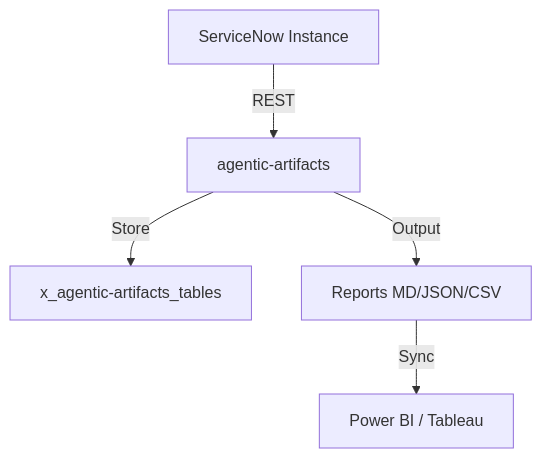
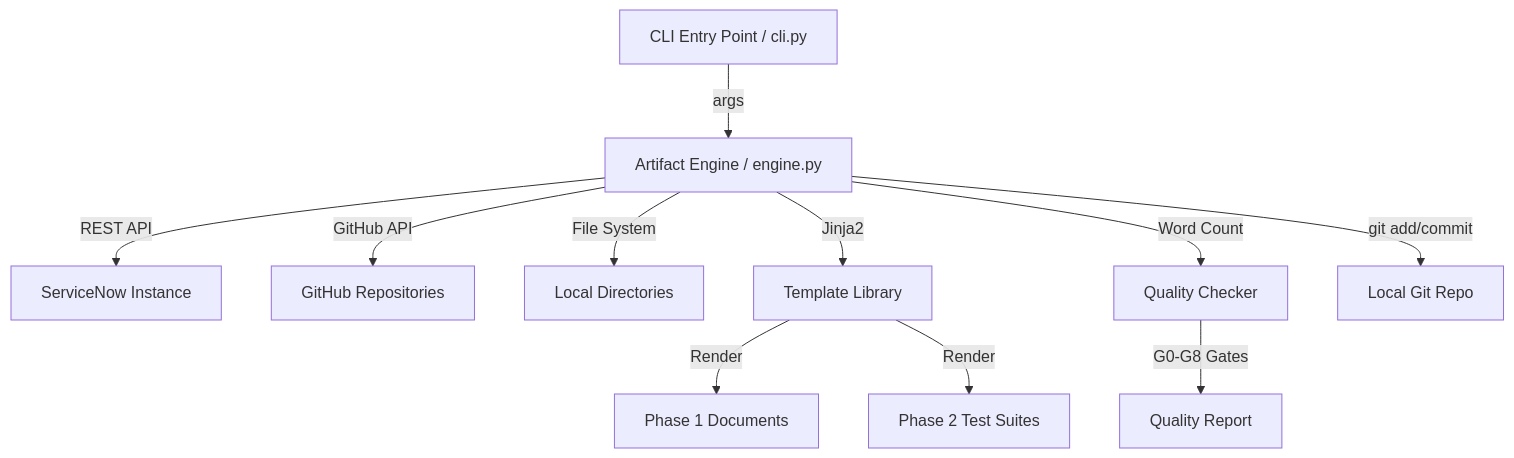
One commit to vladarchitectservicenow-oss/agentic-artifacts changed the diagram in README.md. Above: the diagram before and after it, drawn with Mermaid. The commit also changed other lines of this file and 2 other files, not shown here.

````diff
--- a/README.md
+++ b/README.md
@@ -29,7 +31,13 @@
 ```mermaid
 graph TD
-    SN[ServiceNow Instance] -->|REST| agentic-artifacts
-    agentic-artifacts -->|Store| DB[x_agentic-artifacts_tables]
-    agentic-artifacts -->|Output| Report[Reports MD/JSON/CSV]
-    Report -->|Sync| BI[Power BI / Tableau]
+    CLI[CLI Entry Point / cli.py] -->|args| Engine[Artifact Engine / engine.py]
+    Engine -->|REST API| SN[ServiceNow Instance]
+    Engine -->|GitHub API| GH[GitHub Repositories]
+    Engine -->|File System| FS[Local Directories]
+    Engine -->|Jinja2| Templates[Template Library]
+    Templates -->|Render| Docs[Phase 1 Documents]
+    Templates -->|Render| Tests[Phase 2 Test Suites]
+    Engine -->|Word Count| QC[Quality Checker]
+    QC -->|G0-G8 Gates| Report[Quality Report]
+    Engine -->|git add/commit| Git[Local Git Repo]
 ```
````
